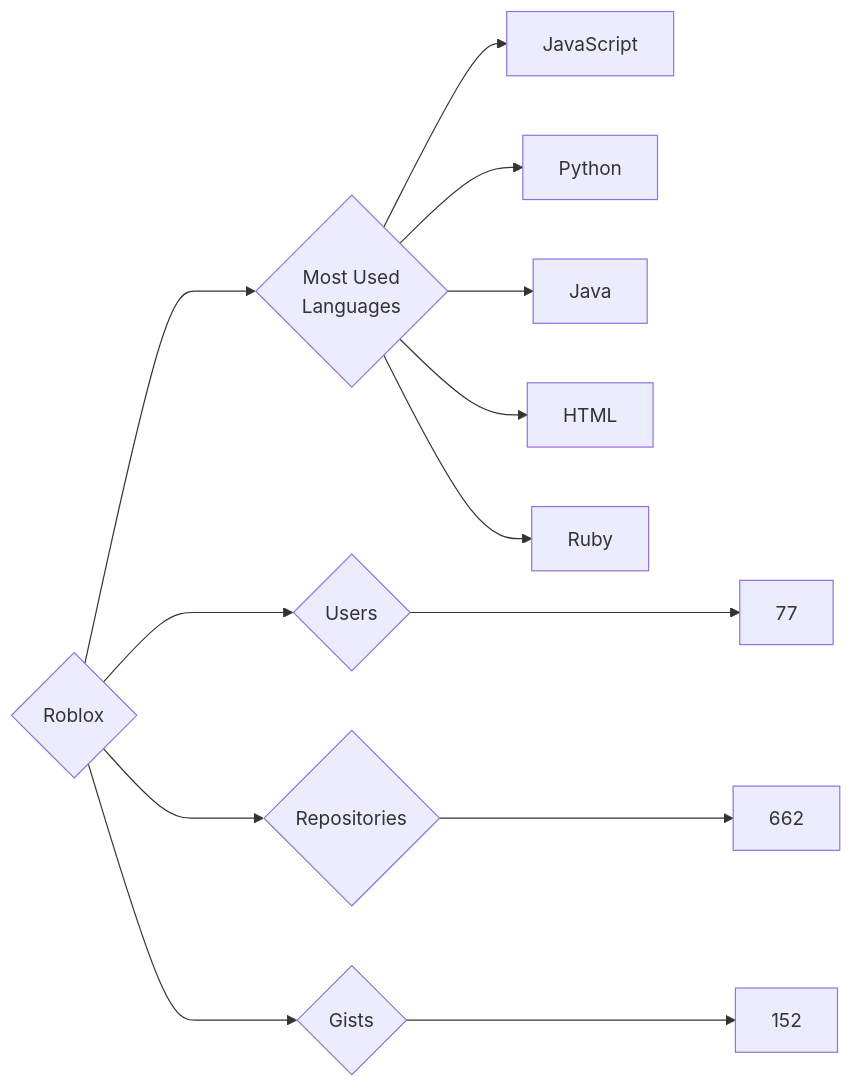
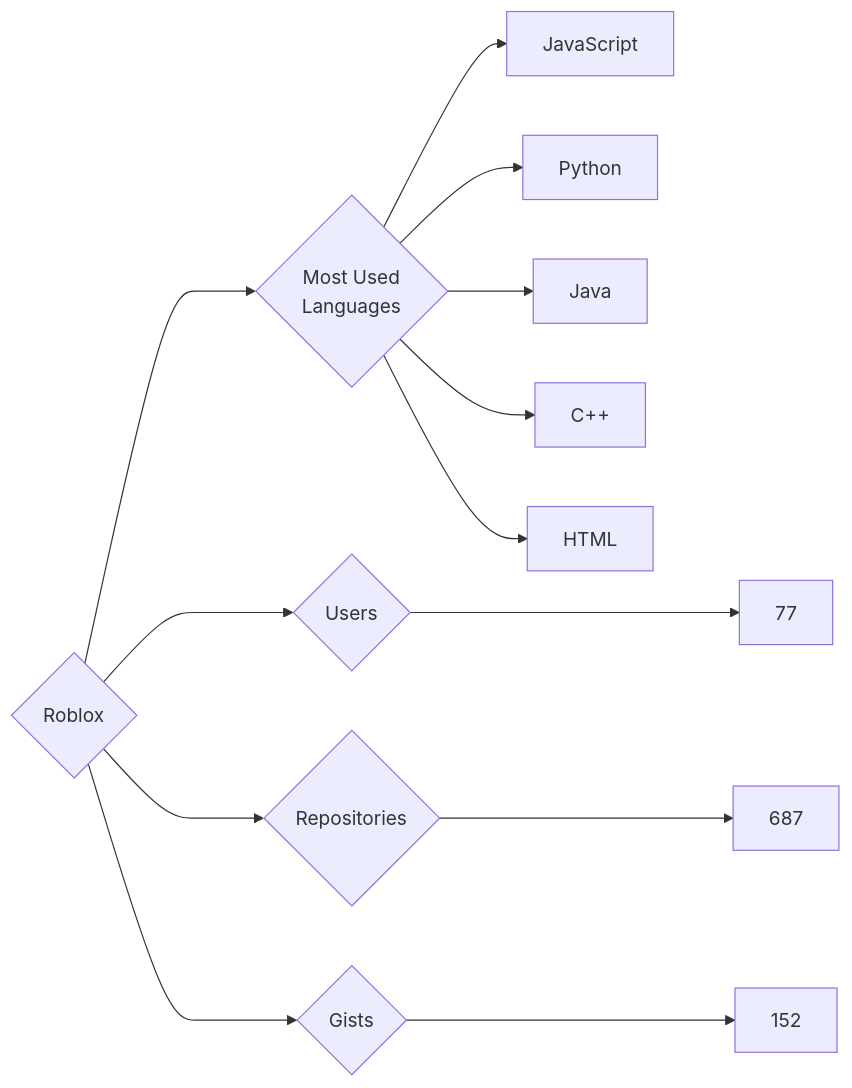
The diagram in targets/Roblox/README.md (trickest/insiders), drawn with Mermaid before and after one commit. The commit also changed 770 other files, not shown here.

````diff
--- a/targets/Roblox/README.md
+++ b/targets/Roblox/README.md
@@ -3,13 +3,13 @@
 ```mermaid
 graph LR
 COMPANY_NAME{Roblox}
 COMPANY_NAME ---> U{Users} ---> UN[77]
-COMPANY_NAME ---> R{Repositories} ---> RN[662]
+COMPANY_NAME ---> R{Repositories} ---> RN[687]
 COMPANY_NAME ---> G{Gists} ---> GN[152]
 COMPANY_NAME ---> ML{Most Used<br>Languages}
 ML --> JavaScript[JavaScript]
 ML --> Python[Python]
 ML --> Java[Java]
+ML --> C++[C++]
 ML --> HTML[HTML]
-ML --> Ruby[Ruby]
 ```
````
